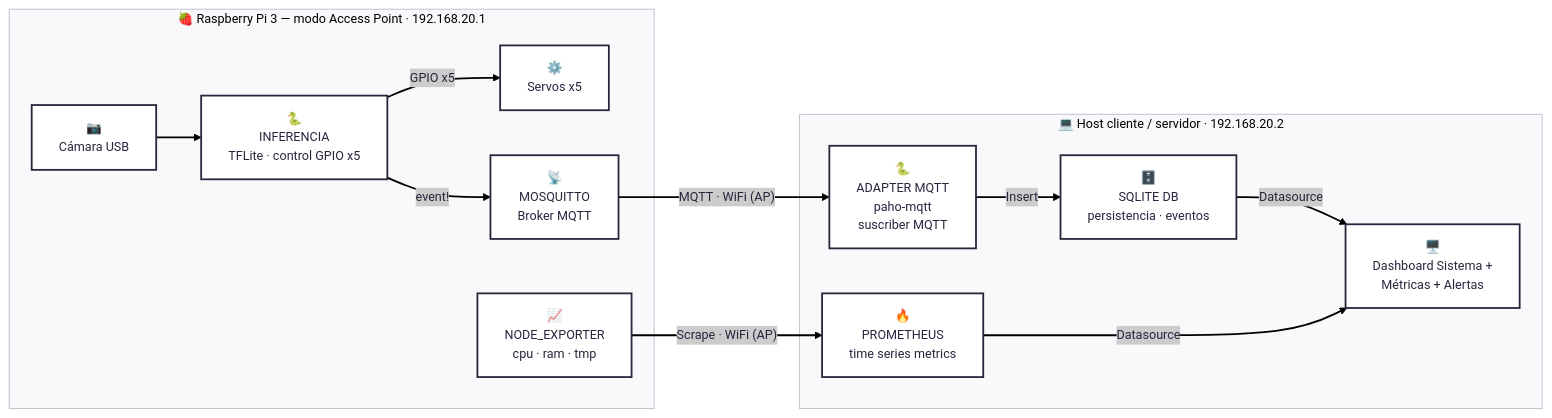
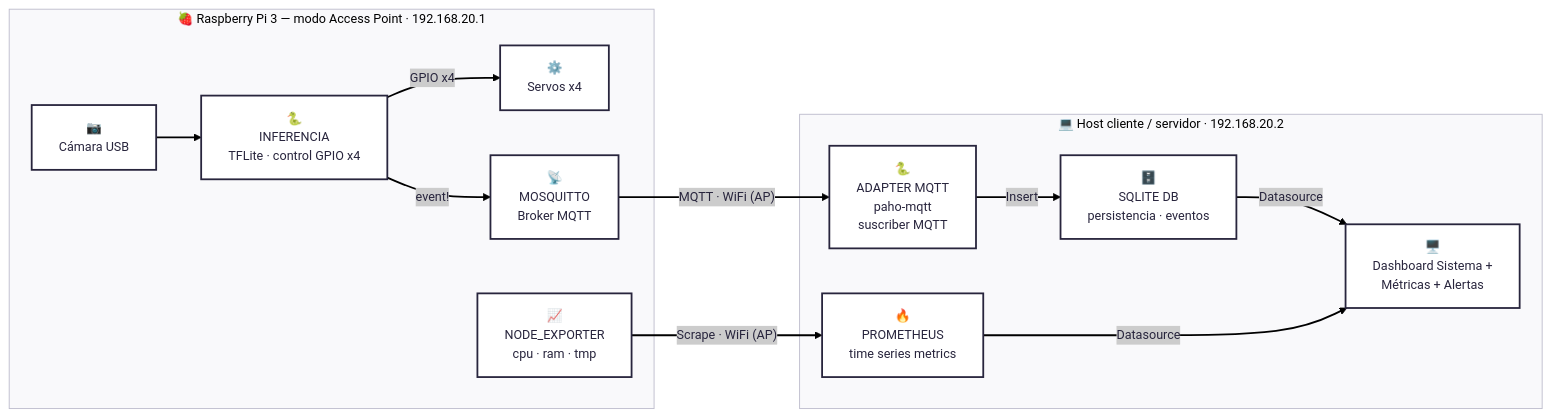
The diagram in README.md (tpII/2026-g5-ecosort), drawn with Mermaid before and after one commit. The commit also changed other lines of this file and 2552 other files, not shown here.

````diff
--- a/README.md
+++ b/README.md
@@ -42,31 +34,31 @@
 ```mermaid
 ---
 config:
   theme: redux
 ---
 flowchart LR
      subgraph PI["🍓 Raspberry Pi 3 — modo Access Point · 192.168.20.1"]
         CAM["📷 <br/> Cámara USB"]
-        SERVOS["⚙️ <br/>Servos x5"]
-        INF["🐍 <br/> INFERENCIA<br/>TFLite · control GPIO x5"]
+        SERVOS["⚙️ <br/>Servos x4"]
+        INF["🐍 <br/> INFERENCIA<br/>TFLite · control GPIO x4"]
         MOSQ["📡 <br/>MOSQUITTO<br/>Broker MQTT"]
         NODEEXP["📈 <br/> NODE_EXPORTER<br/>cpu · ram · tmp"]
 
         CAM --> INF
-        INF -->|GPIO x5| SERVOS
+        INF -->|GPIO x4| SERVOS
         INF -->|event!| MOSQ
     end
 
     subgraph HOST["💻 Host cliente / servidor · 192.168.20.2"]
         ADAPTER["🐍 <br/>ADAPTER MQTT<br/>paho-mqtt<br/>suscriber MQTT"]
         SQLITE["🗄️ <br/> SQLITE DB<br/>persistencia · eventos"]
         PROM["🔥 <br/>PROMETHEUS<br/>time series metrics"]
         DASH["🖥️ <br/>Dashboard Sistema +<br/>Métricas + Alertas"]
         ADAPTER -->|Insert| SQLITE
         SQLITE -->|Datasource| DASH
         PROM -->|Datasource| DASH
     end
 
     MOSQ -->|"MQTT · WiFi (AP)"| ADAPTER
     NODEEXP -->|"Scrape · WiFi (AP)"| PROM
 ```
````
